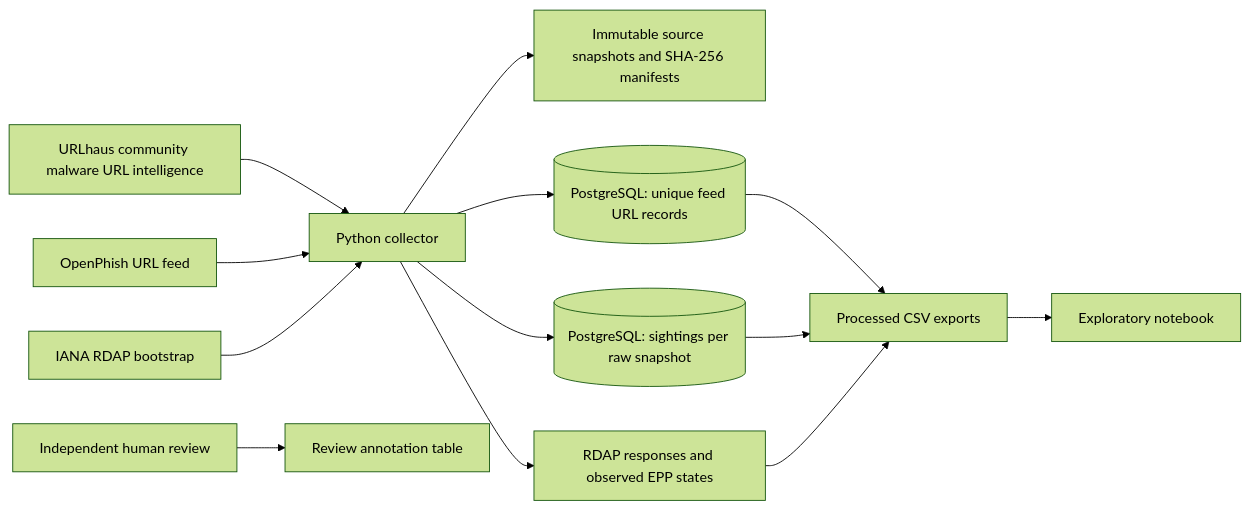
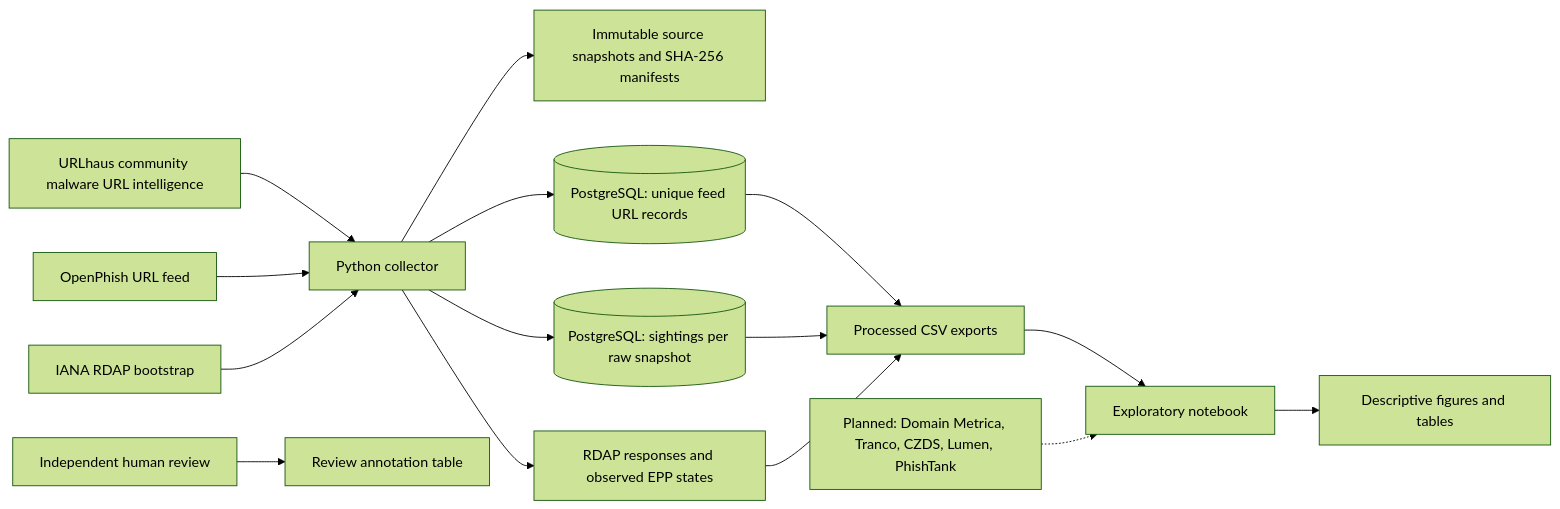
The diagram in docs/architecture.md (soyames/dns-abuse-proportionality), drawn with Mermaid (forest theme) before and after one commit. The commit also changed other lines of this file and 7 other files, not shown here.

Commit message:
correction on the libraries, architecture

````diff
--- a/docs/architecture.md
+++ b/docs/architecture.md
@@ -3,15 +3,17 @@
 ```mermaid
 flowchart LR
     U[URLhaus community malware URL intelligence] --> P[Python collector]
     O[OpenPhish URL feed] --> P
     P --> R[Immutable source snapshots and SHA-256 manifests]
     P --> D[(PostgreSQL: unique feed URL records)]
     P --> S[(PostgreSQL: sightings per raw snapshot)]
     I[IANA RDAP bootstrap] --> P
     P --> X[RDAP responses and observed EPP states]
     D --> E[Processed CSV exports]
     S --> E
     X --> E
     E --> N[Exploratory notebook]
+    N --> F[Descriptive figures and tables]
     H[Independent human review] --> A[Review annotation table]
+    DM[Planned: Domain Metrica, Tranco, CZDS, Lumen, PhishTank] -.-> N
 ```
````
